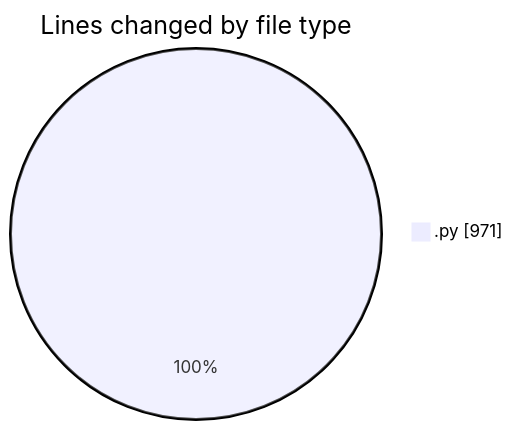
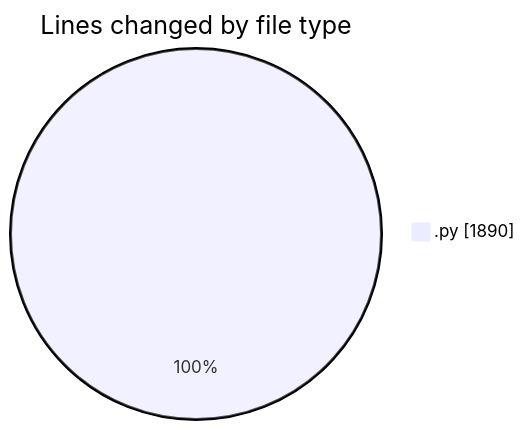
The first of 2 diagrams in 2025-04-12/myws__workspace_/README.md (MatusMokan/code-tracking), drawn with Mermaid before and after one commit. The commit also changed other lines of this file and 1 other file, not shown here.

````diff
--- a/2025-04-12/myws__workspace_/README.md
+++ b/2025-04-12/myws__workspace_/README.md
@@ -21,5 +22,5 @@
 ```mermaid
 pie showData
 title Lines changed by file type
-".py" : 971
+".py" : 1890
 ```
````
